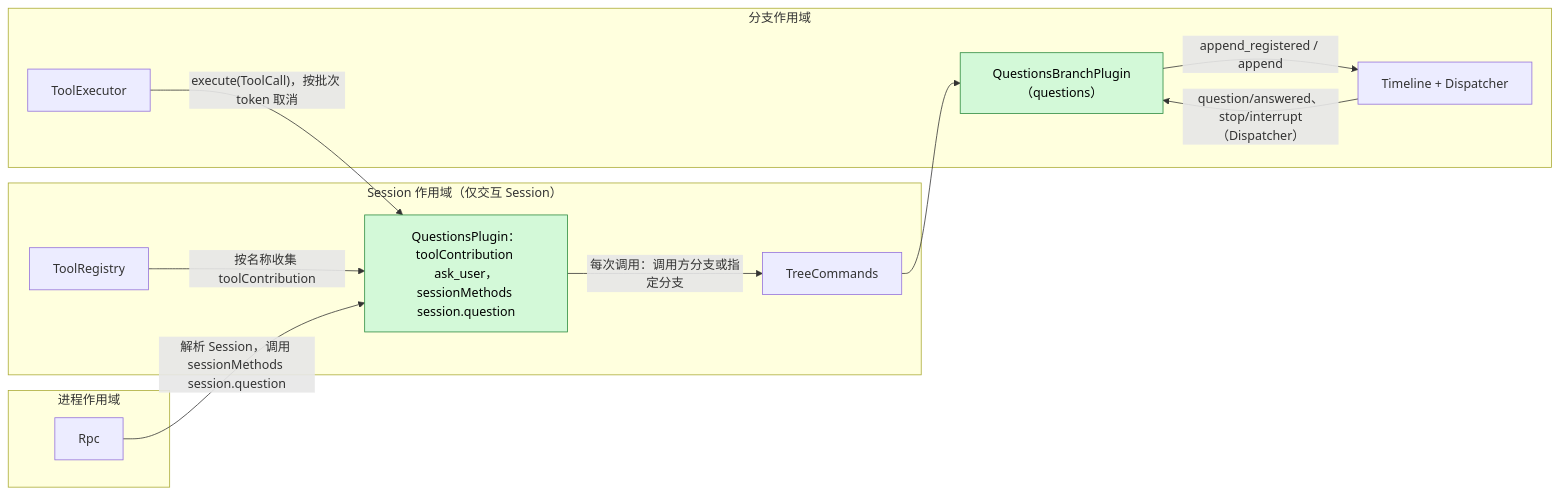
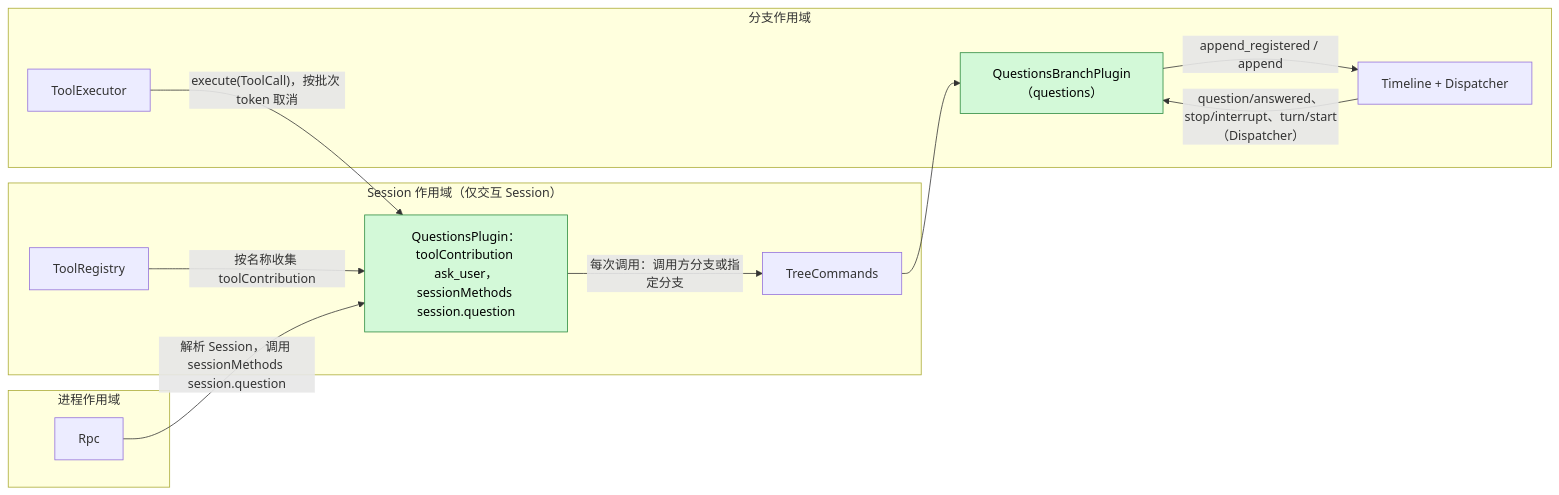
Before and after one commit to CoutinhoTTS/dim-agent: the first of 6 diagrams in docs/zh/design/plugins/Questions.md, drawn with Mermaid. The commit also changed other lines of this file and 40 other files, not shown here.

````diff
--- a/docs/zh/design/plugins/Questions.md
+++ b/docs/zh/design/plugins/Questions.md
@@ -9,24 +9,24 @@
 ```mermaid
 flowchart LR
   subgraph S["Session 作用域（仅交互 Session）"]
     QS["QuestionsPlugin：toolContribution ask_user，sessionMethods session.question"]:::new
     TR["ToolRegistry"]
     TC["TreeCommands"]
   end
   subgraph P["进程作用域"]
     RPC["Rpc"]
   end
   subgraph B["分支作用域"]
     QB["QuestionsBranchPlugin（questions）"]:::new
     TE["ToolExecutor"]
     TL["Timeline + Dispatcher"]
   end
   TR -- "按名称收集 toolContribution" --> QS
   RPC -- "解析 Session，调用 sessionMethods session.question" --> QS
   QS -- "每次调用：调用方分支或指定分支" --> TC
   TC --> QB
   TE -- "execute(ToolCall)，按批次 token 取消" --> QS
   QB -- "append_registered / append" --> TL
-  TL -- "question/answered、stop/interrupt（Dispatcher）" --> QB
+  TL -- "question/answered、stop/interrupt、turn/start（Dispatcher）" --> QB
   classDef new fill:#d3f9d8,stroke:#2b8a3e,color:#000
 ```
````
